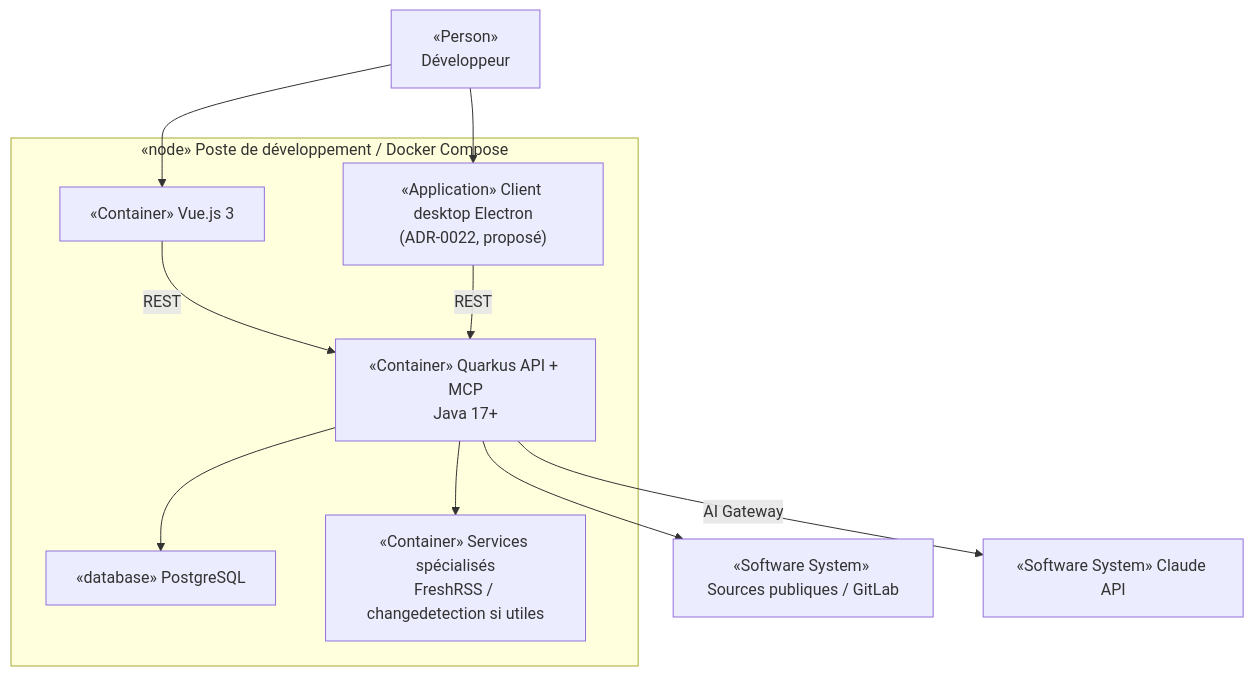
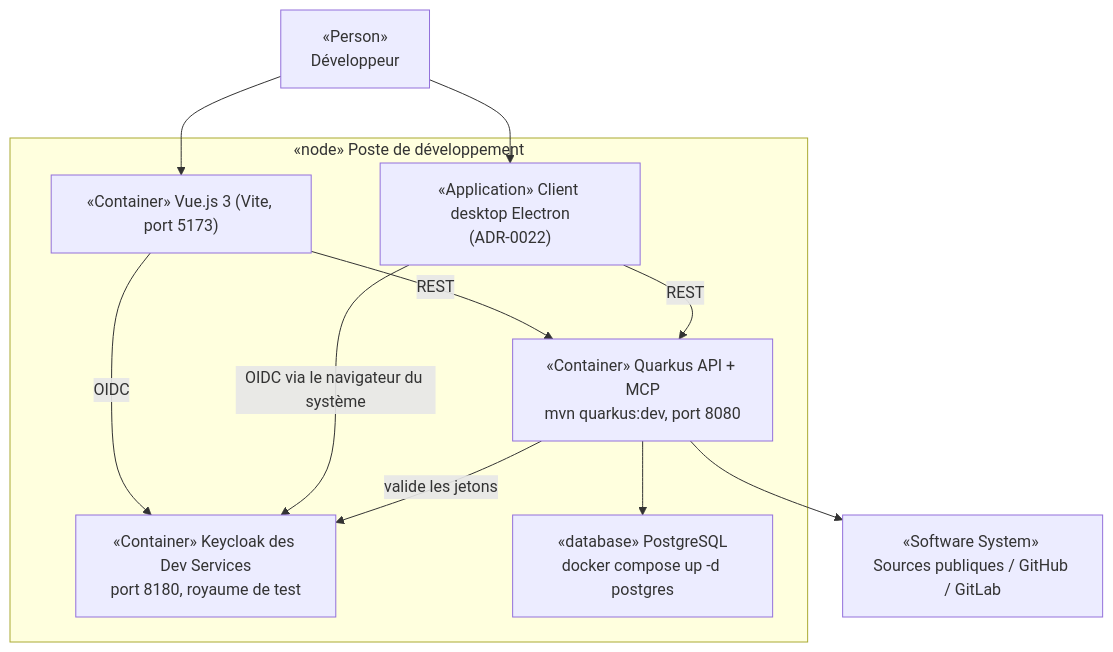
One commit to FTurleque/argos-tech-platform changed the first of 3 diagrams in docs/architecture/arc42/07-vue-deploiement.md. Above: the diagram before and after it, drawn with Mermaid. The commit also changed other lines of this file and 74 other files, not shown here.

First line of the commit message:
docs(architecture): arc42, ADR, risques et OpenSpec alignés sur le code livré

````diff
--- a/docs/architecture/arc42/07-vue-deploiement.md
+++ b/docs/architecture/arc42/07-vue-deploiement.md
@@ -16,22 +16,22 @@
 ```mermaid
 flowchart TB
     USER["«Person»\nDéveloppeur"]
-    subgraph DEV["«node» Poste de développement / Docker Compose"]
-        WEB["«Container» Vue.js 3"]
-        DESK["«Application» Client desktop Electron\n(ADR-0022, proposé)"]
-        BACK["«Container» Quarkus API + MCP\nJava 17+"]
-        DB["«database» PostgreSQL"]
-        AUX["«Container» Services spécialisés\nFreshRSS / changedetection si utiles"]
+    subgraph DEV["«node» Poste de développement"]
+        WEB["«Container» Vue.js 3 (Vite, port 5173)"]
+        DESK["«Application» Client desktop Electron\n(ADR-0022)"]
+        BACK["«Container» Quarkus API + MCP\nmvn quarkus:dev, port 8080"]
+        KC["«Container» Keycloak des Dev Services\nport 8180, royaume de test"]
+        DB["«database» PostgreSQL\ndocker compose up -d postgres"]
     end
-    EXT["«Software System» Sources publiques / GitLab"]
-    AI["«Software System» Claude API"]
+    EXT["«Software System» Sources publiques / GitHub / GitLab"]
 
     USER --> WEB
     WEB -->|REST| BACK
     USER --> DESK
     DESK -->|REST| BACK
+    WEB -->|OIDC| KC
+    DESK -->|OIDC via le navigateur du système| KC
+    BACK -->|valide les jetons| KC
     BACK --> DB
-    BACK --> AUX
     BACK --> EXT
-    BACK -->|AI Gateway| AI
 ```
````
